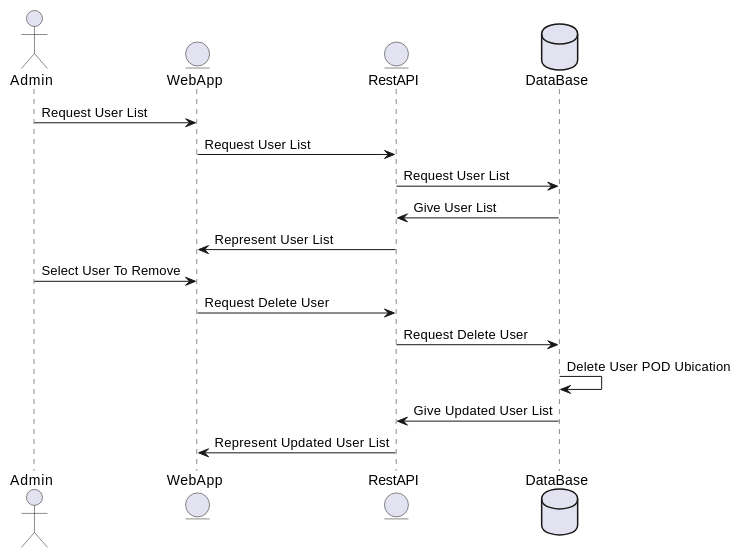
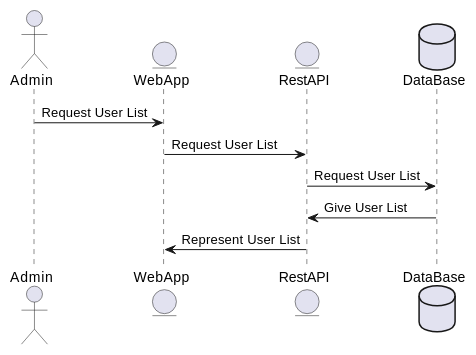
The eighth of 10 diagrams in docs/06_runtime_view.adoc (Arquisoft/dede_es3c), drawn with PlantUML before and after one commit. The commit also changed other lines of this file, not shown here.

Commit message:
Diagramas de secuencia actualizados

```diff
--- a/docs/06_runtime_view.adoc
+++ b/docs/06_runtime_view.adoc
@@ -157,21 +149,15 @@
-[plantuml,"AdminDeleteUser",png]
+[plantuml,"AdminShowUsers",png]
 ----
 @startuml
 actor Admin
 entity WebApp
 entity RestAPI
 database DataBase
 
 Admin -> WebApp: Request User List
 WebApp -> RestAPI: Request User List
 RestAPI -> DataBase: Request User List
 DataBase -> RestAPI: Give User List
 RestAPI -> WebApp: Represent User List
-Admin -> WebApp: Select User To Remove
-WebApp -> RestAPI: Request Delete User
-RestAPI -> DataBase: Request Delete User
-DataBase -> DataBase: Delete User POD Ubication
-DataBase -> RestAPI: Give Updated User List
-RestAPI -> WebApp: Represent Updated User List
 @enduml
 ----
```
